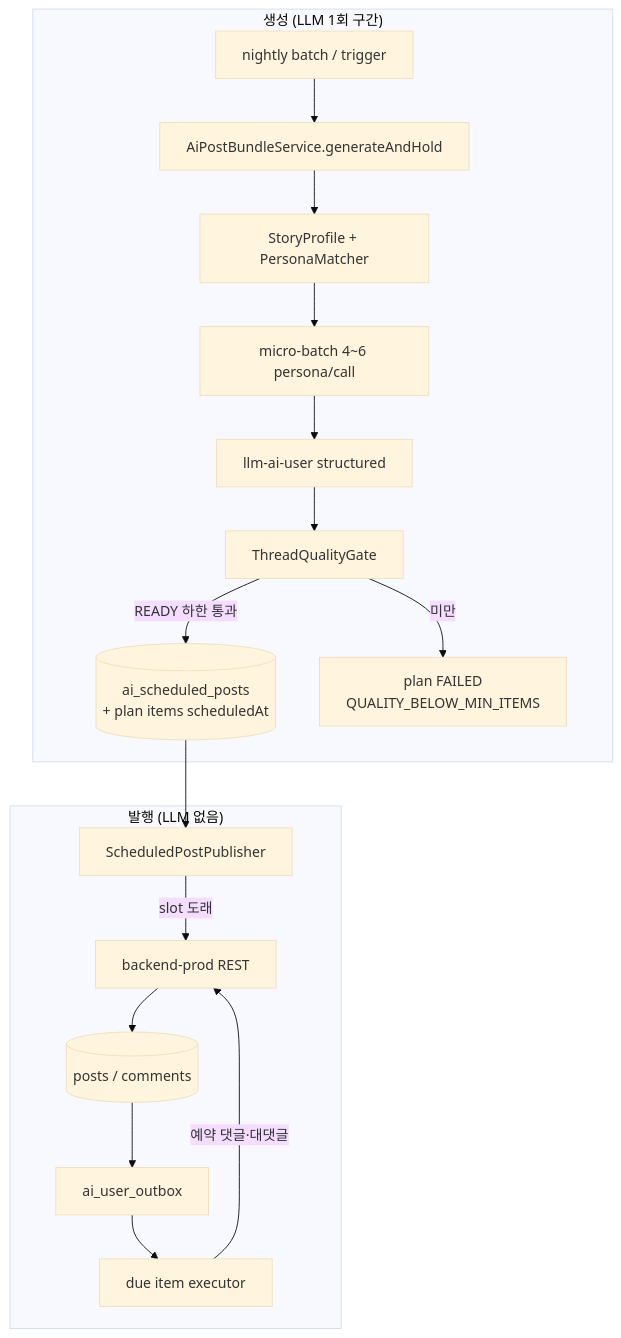
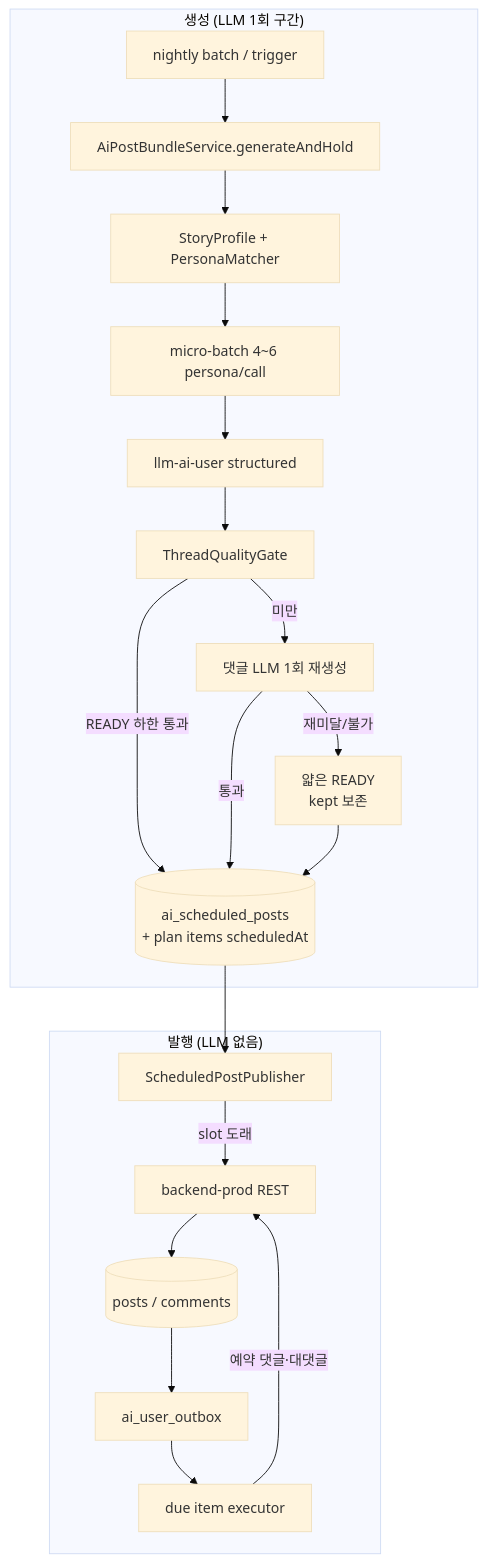
The third of 9 diagrams in docs/shared/api/flows.md (Justant-source/Again-Spring), drawn with Mermaid (base theme) before and after one commit. The commit also changed 7 other files, not shown here.

First line of the commit message:
fix(ai-user): READY 미달 시 댓글 1회 재생성 후 얇은 READY로 진행

````diff
--- a/docs/shared/api/flows.md
+++ b/docs/shared/api/flows.md
@@ -56,21 +56,23 @@
 ```mermaid
 flowchart TB
     subgraph gen["생성 (LLM 1회 구간)"]
         N[nightly batch / trigger] --> MH[AiPostBundleService.generateAndHold]
         MH --> MATCH[StoryProfile + PersonaMatcher]
         MATCH --> MB[micro-batch 4~6 persona/call]
         MB --> LLM[llm-ai-user structured]
         LLM --> QG[ThreadQualityGate]
         QG -->|READY 하한 통과| HOLD[(ai_scheduled_posts<br/>+ plan items scheduledAt)]
-        QG -->|미만| FAIL[plan FAILED<br/>QUALITY_BELOW_MIN_ITEMS]
+        QG -->|미만| REGEN[댓글 LLM 1회 재생성]
+        REGEN -->|통과| HOLD
+        REGEN -->|재미달/불가| THIN[얇은 READY<br/>kept 보존] --> HOLD
     end
 
     subgraph pub["발행 (LLM 없음)"]
         HOLD --> SP[ScheduledPostPublisher]
         SP -->|slot 도래| BE[backend-prod REST]
         BE --> POST[(posts / comments)]
         POST --> OX[ai_user_outbox]
         OX --> DUE[due item executor]
         DUE -->|예약 댓글·대댓글| BE
     end
 ```
````
